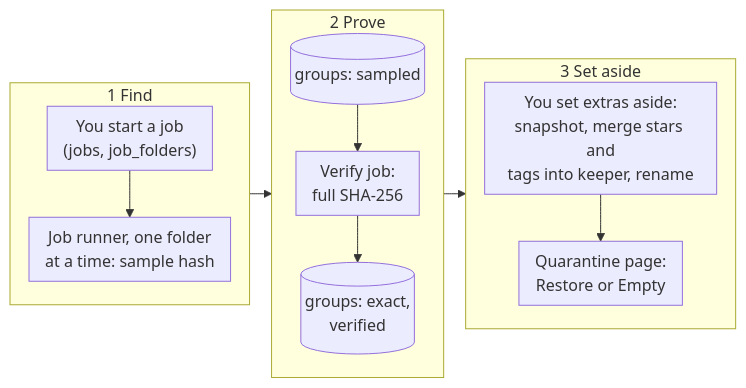
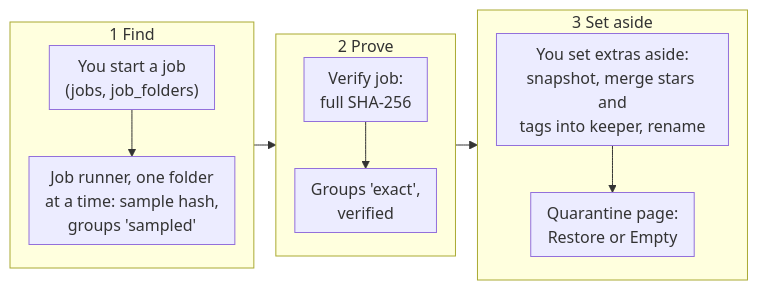
One commit to AxialForge/Lunelis changed the ninth of 14 diagrams in docs/src/dataflow-lunelis.md. Above: the diagram before and after it, drawn with Mermaid. The commit also changed other lines of this file and 9 other files, not shown here.

Commit message:
Add engine, data-flow and audit pilot documents; kit fixes for table widths

````diff
--- a/docs/src/dataflow-lunelis.md
+++ b/docs/src/dataflow-lunelis.md
@@ -295,17 +295,17 @@
 ```mermaid Duplicates. A sampled hash is a hint; only a full hash makes a group exact, and only exact groups can be set aside.
 %%{init: {"flowchart": {"rankSpacing": 22, "nodeSpacing": 18, "padding": 8}}}%%
 flowchart LR
   subgraph c1["1 Find"]
     direction TB
-    A["You start a job<br/>(jobs, job_folders)"] --> C["Job runner, one folder<br/>at a time: sample hash"]
+    A["You start a job<br/>(jobs, job_folders)"] --> C["Job runner, one folder<br/>at a time: sample hash,<br/>groups 'sampled'"]
   end
   subgraph c2["2 Prove"]
     direction TB
-    D[("groups: sampled")] --> F["Verify job:<br/>full SHA-256"] --> G[("groups: exact,<br/>verified")]
+    F["Verify job:<br/>full SHA-256"] --> G["Groups 'exact',<br/>verified"]
   end
   subgraph c3["3 Set aside"]
     direction TB
     H["You set extras aside:<br/>snapshot, merge stars and<br/>tags into keeper, rename"] --> J["Quarantine page:<br/>Restore or Empty"]
   end
   c1 --> c2 --> c3
 ```
````
